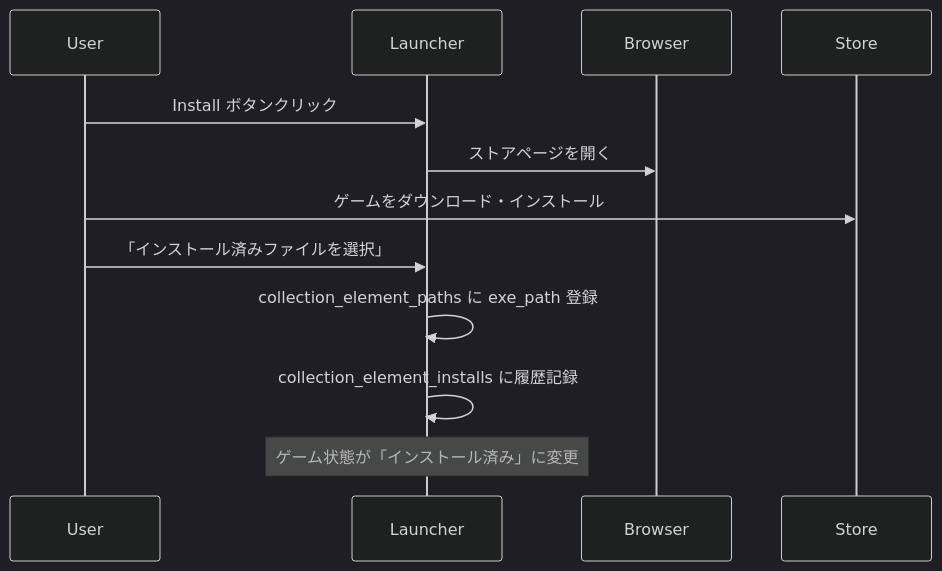
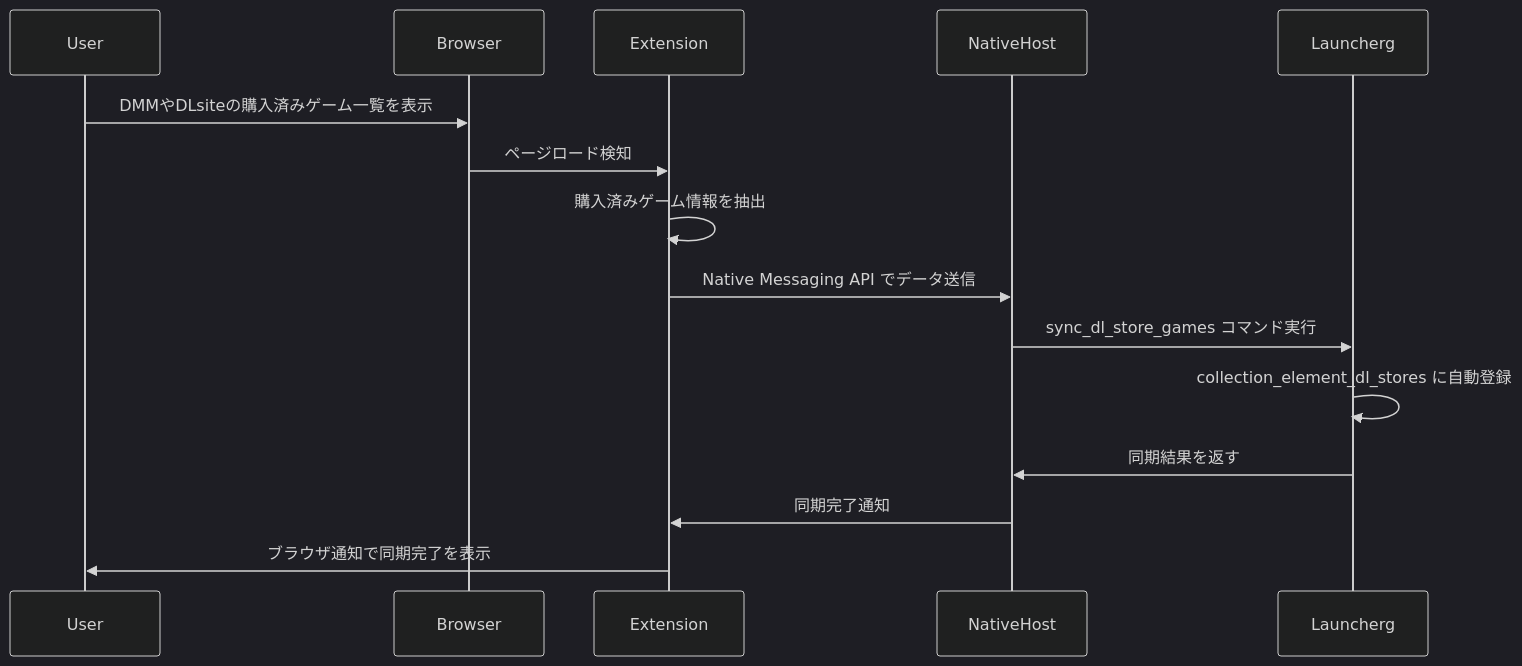
Before and after one commit to ryoha000/launcherg: the diagram in docs/design/manage_download_edition_game.md, drawn with Mermaid (dark theme). The commit also changed other lines of this file, not shown here.

````diff
--- a/docs/design/manage_download_edition_game.md
+++ b/docs/design/manage_download_edition_game.md
@@ -403,15 +538,18 @@
 ```mermaid
 sequenceDiagram
     participant User
-    participant Launcher
     participant Browser
-    participant Store
+    participant Extension
+    participant NativeHost
+    participant Launcherg
 
-    User->>Launcher: Install ボタンクリック
-    Launcher->>Browser: ストアページを開く
-    User->>Store: ゲームをダウンロード・インストール
-    User->>Launcher: 「インストール済みファイルを選択」
-    Launcher->>Launcher: collection_element_paths に exe_path 登録
-    Launcher->>Launcher: collection_element_installs に履歴記録
-    Note over Launcher: ゲーム状態が「インストール済み」に変更
+    User->>Browser: DMMやDLsiteの購入済みゲーム一覧を表示
+    Browser->>Extension: ページロード検知
+    Extension->>Extension: 購入済みゲーム情報を抽出
+    Extension->>NativeHost: Native Messaging API でデータ送信
+    NativeHost->>Launcherg: sync_dl_store_games コマンド実行
+    Launcherg->>Launcherg: collection_element_dl_stores に自動登録
+    Launcherg->>NativeHost: 同期結果を返す
+    NativeHost->>Extension: 同期完了通知
+    Extension->>User: ブラウザ通知で同期完了を表示
 ```
````
